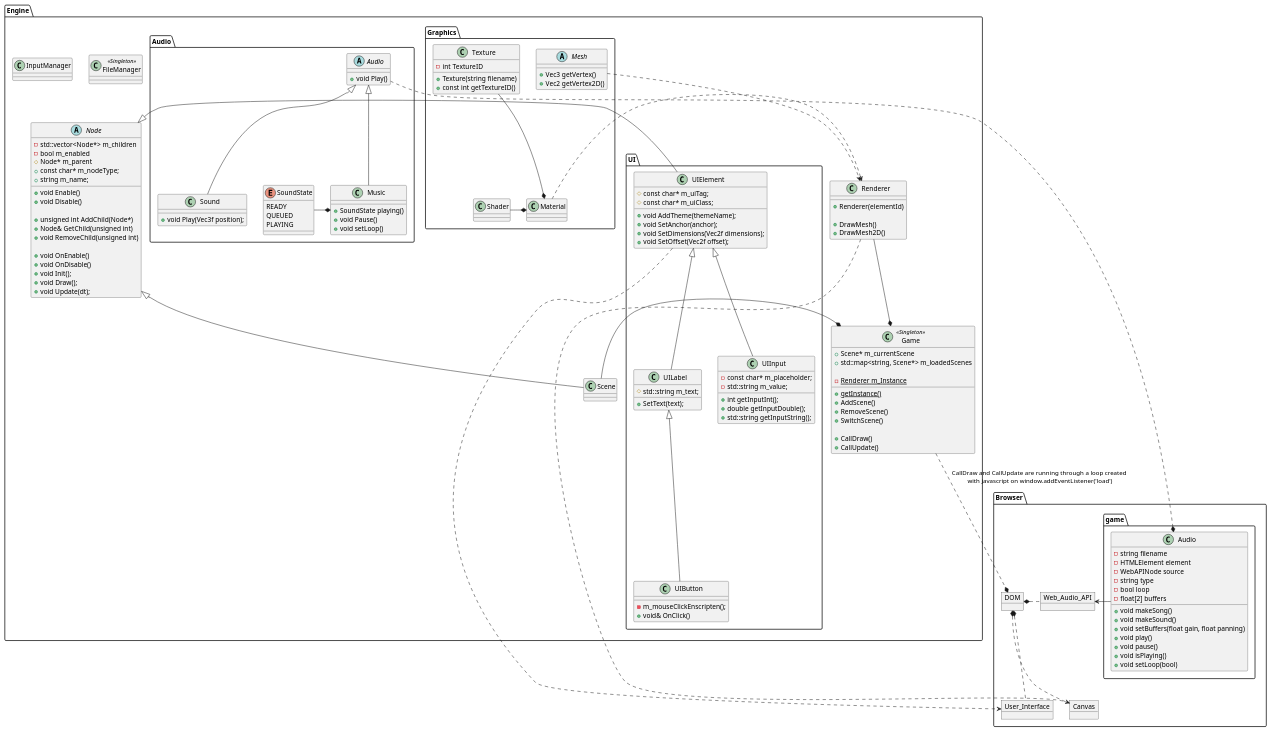
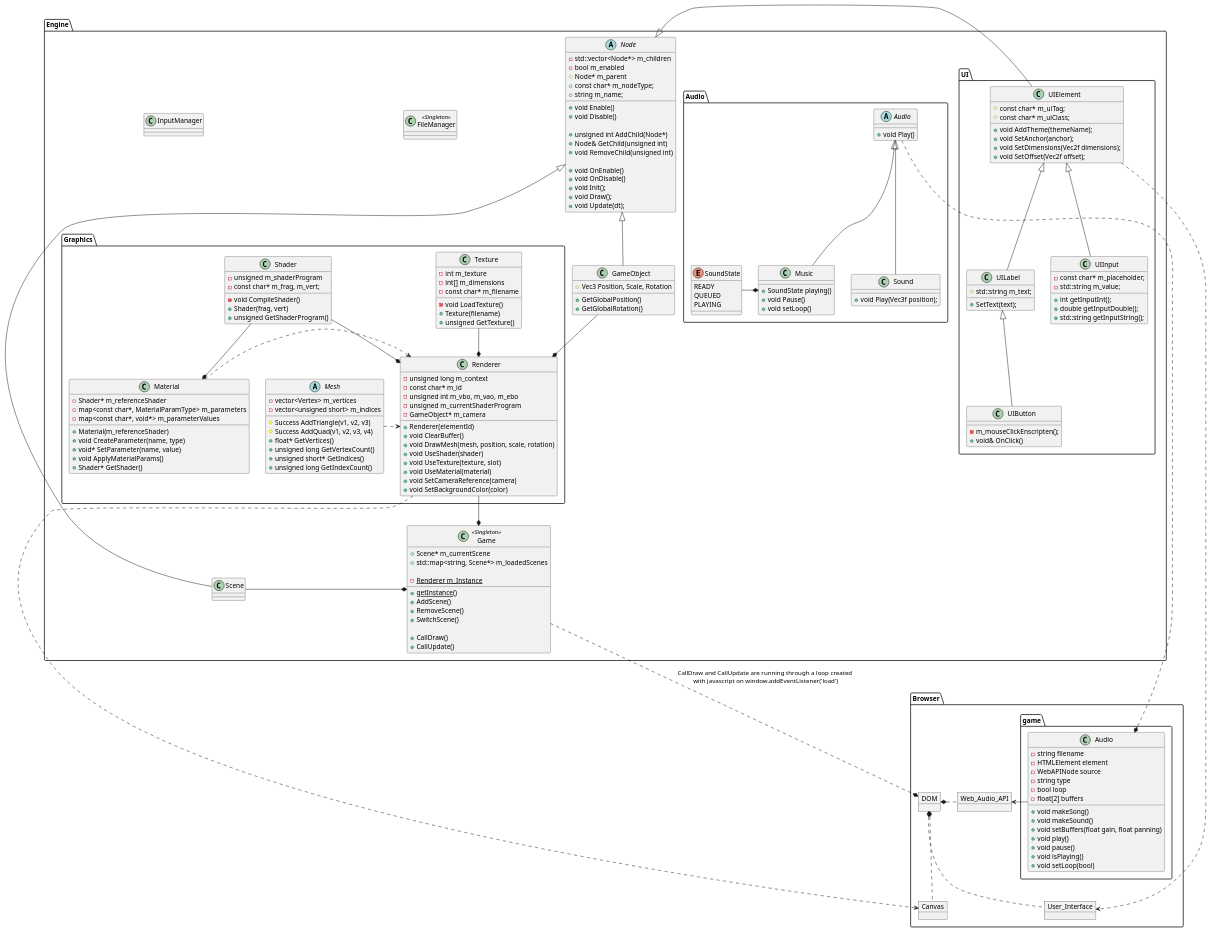
Before and after one commit to MesaGuildeTeam/Carpenter-Engine: the diagram in docs/architecture.puml, drawn with PlantUML. The commit also changed 2 other files, not shown here.

Commit message:
docs: improved UML diagram documentation fix: changed the default shader reference that a material can refer to

```diff
--- a/docs/architecture.puml
+++ b/docs/architecture.puml
@@ -1,12 +1,6 @@
 @startuml EngineArchitecture
 
 namespace Engine {
-  class Renderer {
-    + {method} Renderer(elementId)
-    
-    + {method} DrawMesh()
-    + {method} DrawMesh2D()
-  }
 
   class FileManager <<Singleton>> {
     
@@ -49,6 +43,12 @@
     + {method} void Update(dt);
   }
 
+  class GameObject extends Node {
+    # Vec3 Position, Scale, Rotation
+    + {method} GetGlobalPosition()
+    + {method} GetGlobalRotation()
+  }
+
   class Scene extends Node
 
   class InputManager {
@@ -56,7 +56,7 @@
   }
 
   Scene -* Game
-  Renderer --* Game
+  Graphics.Renderer --* Game
 
   namespace UI {
     class UIElement {
@@ -94,27 +94,72 @@
 
   namespace Graphics {
     abstract Mesh {
-      + {method} Vec3 getVertex()
-      + {method} Vec2 getVertex2D()
+      - vector<Vertex> m_vertices
+      - vector<unsigned short> m_indices
+
+      # {method} Success AddTriangle(v1, v2, v3)
+      # {method} Success AddQuad(v1, v2, v3, v4)
+      + {method} float* GetVertices()
+      + {method} unsigned long GetVertexCount()
+      + {method} unsigned short* GetIndices()
+      + {method} unsigned long GetIndexCount()
     }
 
     class Texture {
-      - int TextureID
-      + {method} Texture(string filename)
-      + {method} const int getTextureID()
+      - int m_texture
+      - int[] m_dimensions
+      - const char* m_filename
+      - {method} void LoadTexture()
+      + {method} Texture(filename)
+      + {method} unsigned GetTexture()
     }
 
     class Shader {
-
+      - unsigned m_shaderProgram
+      - const char* m_frag, m_vert;
+      - {method} void CompileShader()
+      + {method} Shader(frag, vert)
+      + {method} unsigned GetShaderProgram()
     }
 
     class Material {
-
+      - Shader* m_referenceShader
+      - map<const char*, MaterialParamType> m_parameters
+      - map<const char*, void*> m_parameterValues
+      
+      + {method} Material(m_referenceShader)
+      + {method} void CreateParameter(name, type)
+      + {method} void* SetParameter(name, value)
+      + {method} void ApplyMaterialParams()
+      + {method} Shader* GetShader()
     }
 
-    Texture --* Material    
-    Shader -* Material
+    class Renderer {
+      - unsigned long m_context
+      - const char* m_id
+      - unsigned int m_vbo, m_vao, m_ebo
+      - unsigned m_currentShaderProgram
+      - GameObject* m_camera
+
+      + {method} Renderer(elementId)
+      + {method} void ClearBuffer()
+      + {method} void DrawMesh(mesh, position, scale, rotation)
+      + {method} void UseShader(shader)
+      + {method} void UseTexture(texture, slot)
+      + {method} void UseMaterial(material)
+      + {method} void SetCameraReference(camera)
+      + {method} void SetBackgroundColor(color)
+    }
+
+    Texture --* Renderer
+    Shader --* Material
+    Shader -* Renderer
+
+    Material .> Renderer 
+    Mesh .> Renderer
   }
+
+  GameObject --* Renderer
 
   namespace Audio {
     enum SoundState {
@@ -139,9 +184,6 @@
 
     SoundState -* Music
   }
-
-  Graphics.Material .> Renderer 
-  Graphics.Mesh .> Renderer 
 }
 
 namespace Browser {
@@ -174,7 +216,7 @@
   game.Audio -> Web_Audio_API
 }
 
-Engine.Renderer .> Browser.Canvas
+Engine.Graphics.Renderer .> Browser.Canvas
 Engine.Game ..* Browser.DOM : "CallDraw and CallUpdate are running through a loop created \nwith javascript on window.addEventListener('load')"
 Engine.UI.UIElement ..> Browser.User_Interface
 Engine.Audio.Audio ..* Browser.game.Audio
```
